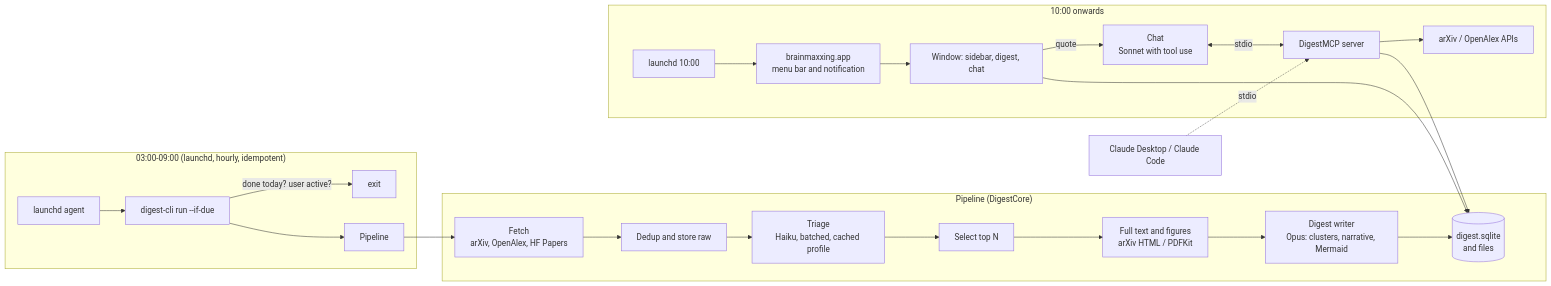
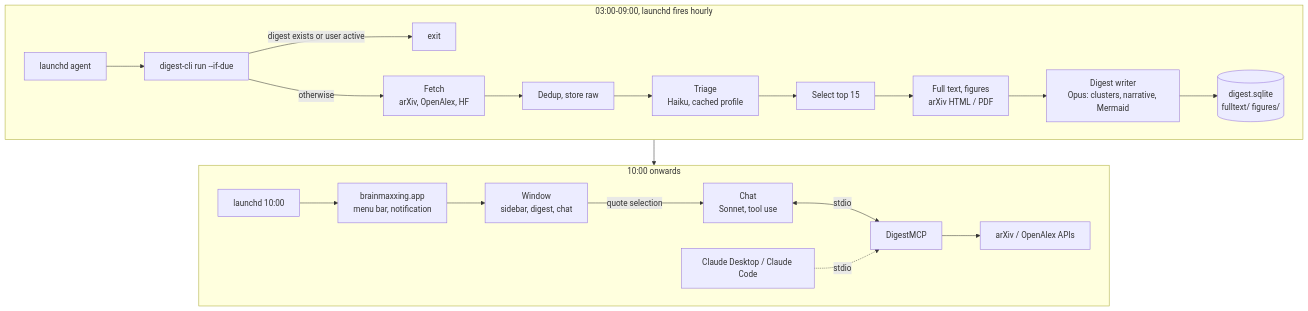
The diagram in README.md (glhfsox/brainmaxxing), drawn with Mermaid before and after one commit. The commit also changed other lines of this file, not shown here.

````diff
--- a/README.md
+++ b/README.md
@@ -17,30 +14,27 @@
 ```mermaid
-flowchart LR
-    subgraph night["03:00-09:00 (launchd, hourly, idempotent)"]
+flowchart TB
+    subgraph night["03:00-09:00, launchd fires hourly"]
+        direction LR
         LA[launchd agent] --> CLI[digest-cli run --if-due]
-        CLI -->|done today? user active?| X[exit]
-        CLI --> P[Pipeline]
-    end
-
-    subgraph pipeline["Pipeline (DigestCore)"]
-        P --> F[Fetch<br/>arXiv, OpenAlex, HF Papers]
-        F --> D[Dedup and store raw]
-        D --> T[Triage<br/>Haiku, batched, cached profile]
-        T --> S[Select top N]
-        S --> FT[Full text and figures<br/>arXiv HTML / PDFKit]
+        CLI -->|digest exists or user active| X[exit]
+        CLI -->|otherwise| F[Fetch<br/>arXiv, OpenAlex, HF]
+        F --> D[Dedup, store raw]
+        D --> T[Triage<br/>Haiku, cached profile]
+        T --> S[Select top 15]
+        S --> FT[Full text, figures<br/>arXiv HTML / PDF]
         FT --> W[Digest writer<br/>Opus: clusters, narrative, Mermaid]
-        W --> DB[(digest.sqlite<br/>and files)]
+        W --> DB[(digest.sqlite<br/>fulltext/ figures/)]
     end
 
     subgraph day["10:00 onwards"]
-        LA2[launchd 10:00] --> APP[brainmaxxing.app<br/>menu bar and notification]
-        APP --> UI[Window: sidebar, digest, chat]
-        UI -->|quote| CHAT[Chat<br/>Sonnet with tool use]
-        CHAT <-->|stdio| MCP[DigestMCP server]
+        direction LR
+        LA2[launchd 10:00] --> APP[brainmaxxing.app<br/>menu bar, notification]
+        APP --> UI[Window<br/>sidebar, digest, chat]
+        UI -->|quote selection| CHAT[Chat<br/>Sonnet, tool use]
+        CHAT <-->|stdio| MCP[DigestMCP]
         MCP --> ARX[arXiv / OpenAlex APIs]
-        MCP --> DB
-        UI --> DB
+        CD[Claude Desktop / Claude Code] -.->|stdio| MCP
     end
 
-    CD[Claude Desktop / Claude Code] -.->|stdio| MCP
+    night --> day
 ```
````
